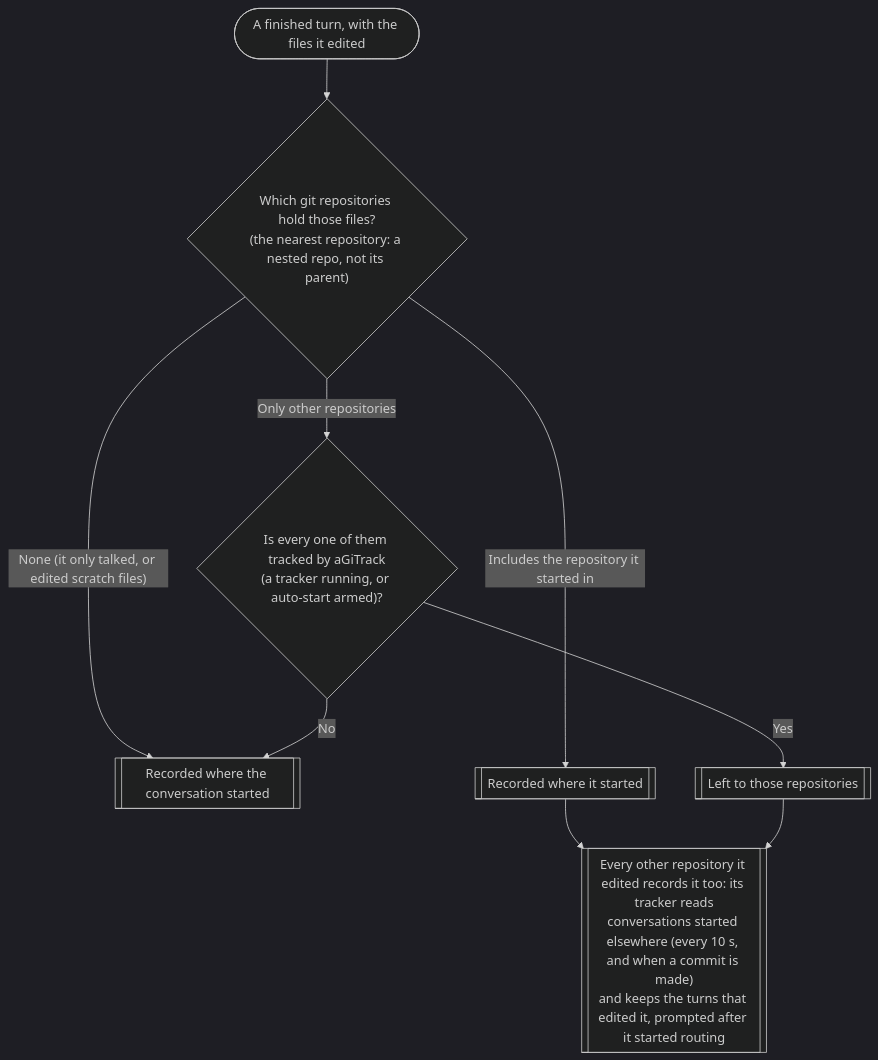
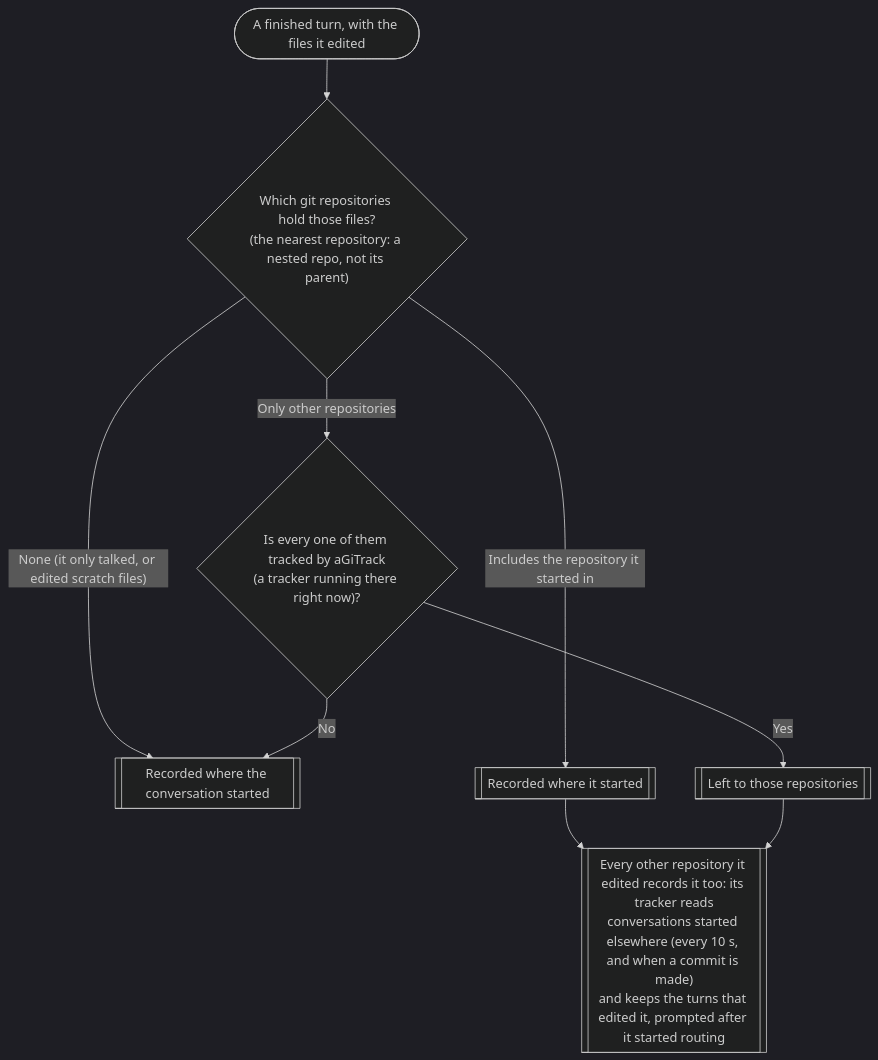
One commit to core-aix/agitrack changed diagram 16 of 23 in docs/user-flow.md. Above: the diagram before and after it, drawn with Mermaid (dark theme). The commit also changed 22 other files, not shown here.

````diff
--- a/docs/user-flow.md
+++ b/docs/user-flow.md
@@ -732,11 +732,11 @@
 ```mermaid
 flowchart TD
   turn(["A finished turn, with the files it edited"]) --> dest{"Which git repositories hold those files?<br/>(the nearest repository: a nested repo, not its parent)"}
   dest -->|"None (it only talked, or edited scratch files)"| home[["Recorded where the conversation started"]]
   dest -->|"Includes the repository it started in"| both[["Recorded where it started"]]
-  dest -->|"Only other repositories"| tracked{"Is every one of them tracked by aGiTrack<br/>(a tracker running, or auto-start armed)?"}
+  dest -->|"Only other repositories"| tracked{"Is every one of them tracked by aGiTrack<br/>(a tracker running there right now)?"}
   tracked -->|No| home
   tracked -->|Yes| away[["Left to those repositories"]]
   both --> others
   away --> others[["Every other repository it edited records it too: its tracker reads<br/>conversations started elsewhere (every 10 s, and when a commit is made)<br/>and keeps the turns that edited it, prompted after it started routing"]]
 ```
````
